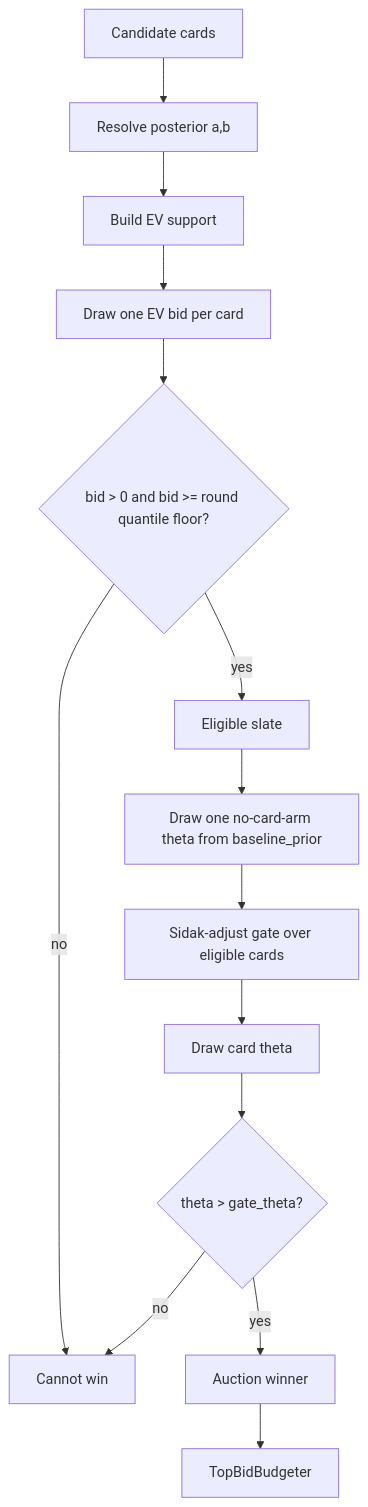
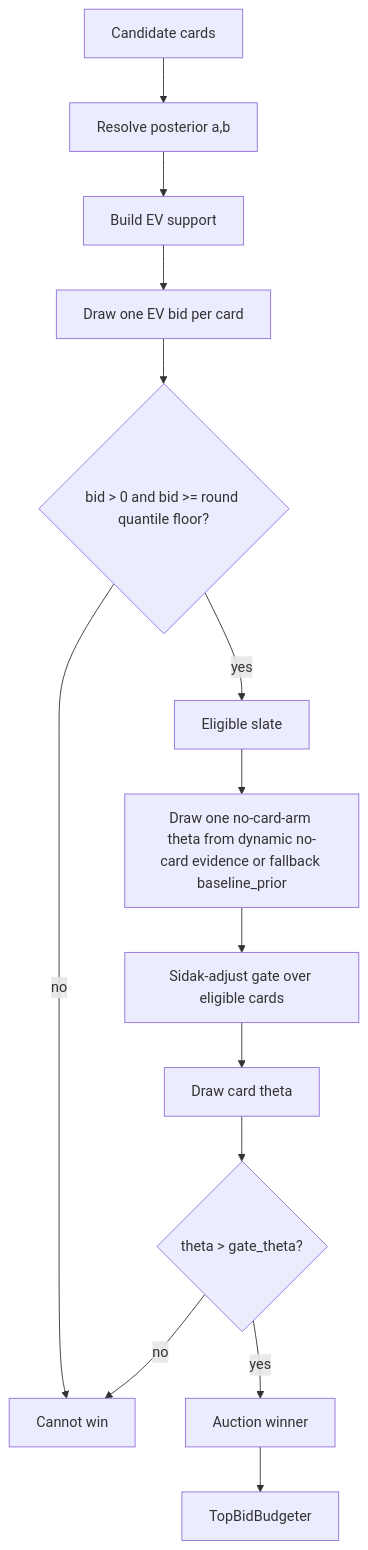
Before and after one commit to FusionBrainLab/gigaevo-core: the ninth of 9 diagrams in docs/MEMORY_LIFECYCLE_TUTORIAL.md, drawn with Mermaid. The commit also changed other lines of this file and 52 other files, not shown here.

````diff
--- a/docs/MEMORY_LIFECYCLE_TUTORIAL.md
+++ b/docs/MEMORY_LIFECYCLE_TUTORIAL.md
@@ -888,16 +895,16 @@
 ```mermaid
 flowchart TD
     A[Candidate cards] --> B[Resolve posterior a,b]
     B --> C[Build EV support]
     C --> D[Draw one EV bid per card]
     D --> E{bid > 0 and bid >= round quantile floor?}
     E -->|no| Reject[Cannot win]
     E -->|yes| F[Eligible slate]
-    F --> G[Draw one no-card-arm theta from baseline_prior]
+    F --> G[Draw one no-card-arm theta from dynamic no-card evidence or fallback baseline_prior]
     G --> H[Sidak-adjust gate over eligible cards]
     H --> I[Draw card theta]
     I --> J{theta > gate_theta?}
     J -->|yes| Win[Auction winner]
     J -->|no| Reject
     Win --> K[TopBidBudgeter]
 ```
````
